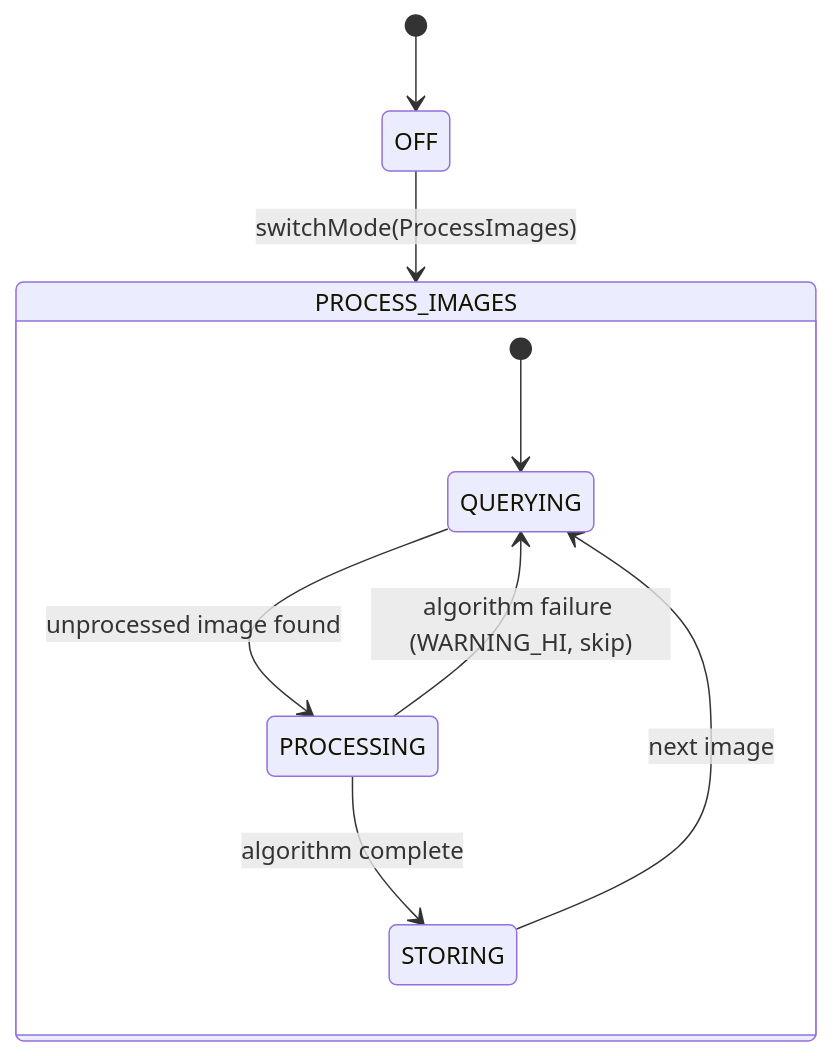
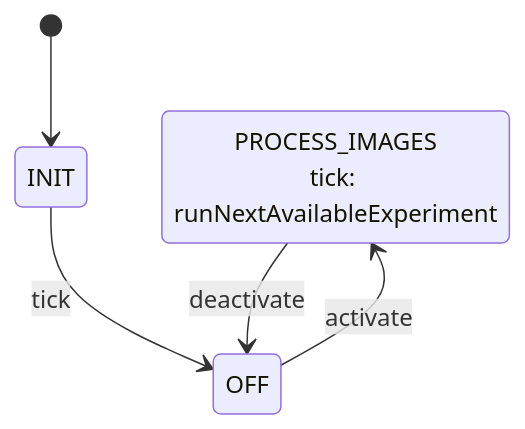
Before and after one commit to UWCubeSat/hs2-software-design: the diagram in docs/ScienceInference/ScienceInferenceApplication.md, drawn with Mermaid. The commit also changed other lines of this file and 14 other files, not shown here.

Commit message:
docs: resolve diagram and naming conflicts

````diff
--- a/docs/ScienceInference/ScienceInferenceApplication.md
+++ b/docs/ScienceInference/ScienceInferenceApplication.md
@@ -101,13 +73,11 @@
 ```mermaid
 stateDiagram-v2
-    [*] --> OFF
-    OFF --> PROCESS_IMAGES: switchMode(ProcessImages)
+  state "PROCESS_IMAGES
+    tick: runNextAvailableExperiment
+  " as PROCESS_IMAGES
 
-    state PROCESS_IMAGES {
-        [*] --> QUERYING
-        QUERYING --> PROCESSING: unprocessed image found
-        PROCESSING --> STORING: algorithm complete
-        STORING --> QUERYING: next image
-        PROCESSING --> QUERYING: algorithm failure (WARNING_HI, skip)
-    }
+  [*] --> INIT
+  INIT --> OFF: tick
+  OFF --> PROCESS_IMAGES: activate
+  PROCESS_IMAGES --> OFF: deactivate
 ```
````
